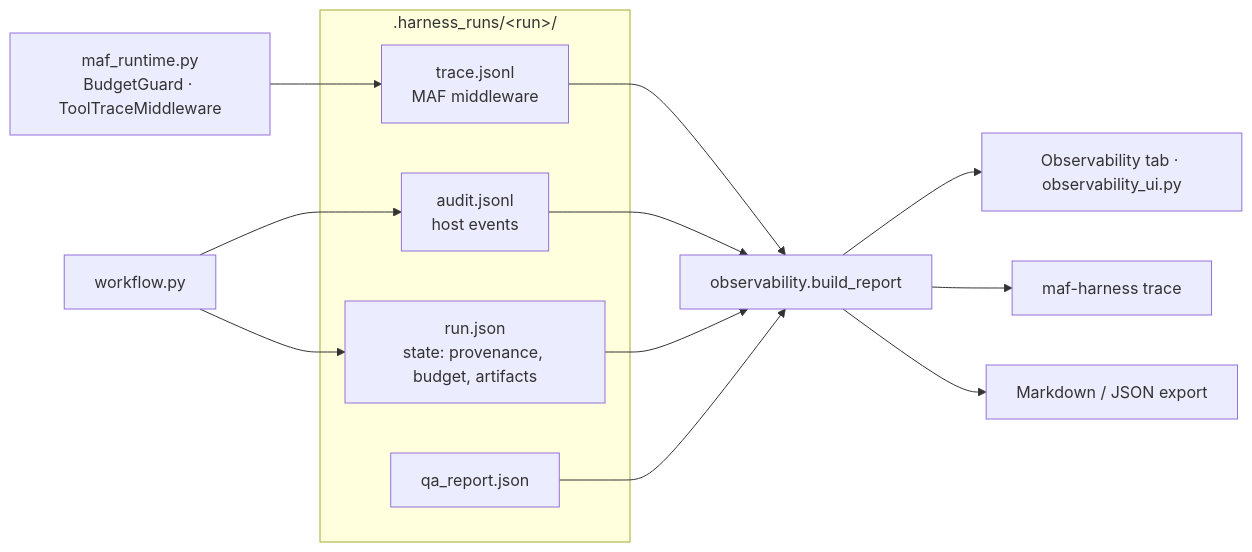
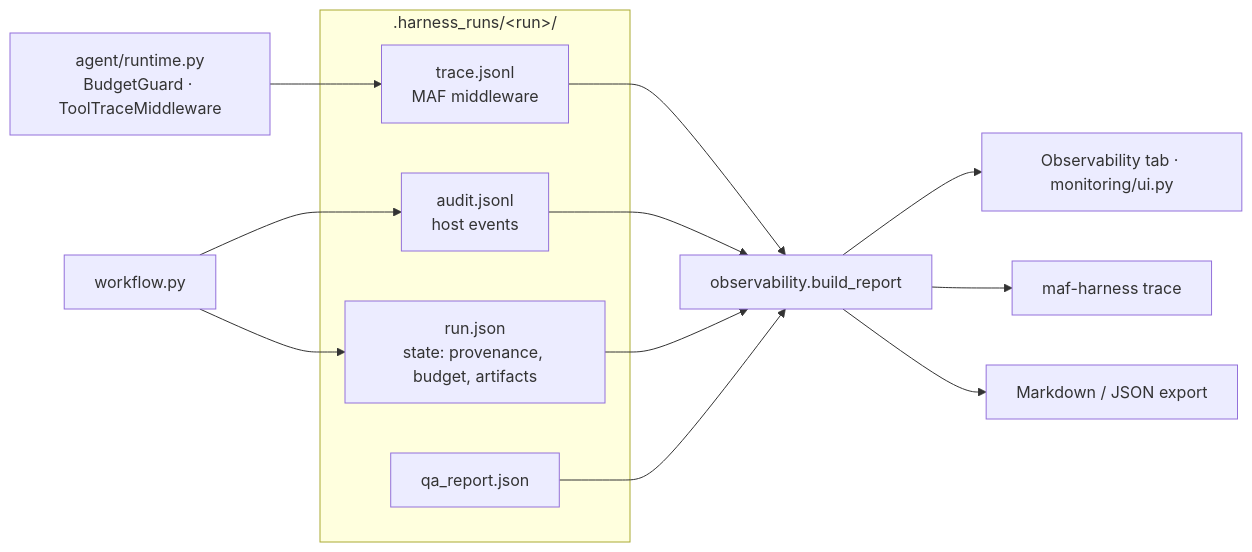
The diagram in docs/OBSERVABILITY.md (sarveshtalele/maf-harness-testing), drawn with Mermaid before and after one commit. The commit also changed 80 other files, not shown here.

````diff
--- a/docs/OBSERVABILITY.md
+++ b/docs/OBSERVABILITY.md
@@ -27,19 +27,19 @@
 ```mermaid
 flowchart LR
   subgraph run[".harness_runs/&lt;run&gt;/"]
     T[trace.jsonl<br/>MAF middleware]
     A[audit.jsonl<br/>host events]
     R[run.json<br/>state: provenance, budget, artifacts]
     Q[qa_report.json]
   end
-  RT[maf_runtime.py<br/>BudgetGuard · ToolTraceMiddleware] --> T
+  RT[agent/runtime.py<br/>BudgetGuard · ToolTraceMiddleware] --> T
   WF[workflow.py] --> A
   WF --> R
   T --> B[observability.build_report]
   A --> B
   R --> B
   Q --> B
-  B --> UI[Observability tab · observability_ui.py]
+  B --> UI[Observability tab · monitoring/ui.py]
   B --> CLI[maf-harness trace]
   B --> MD[Markdown / JSON export]
 ```
````
